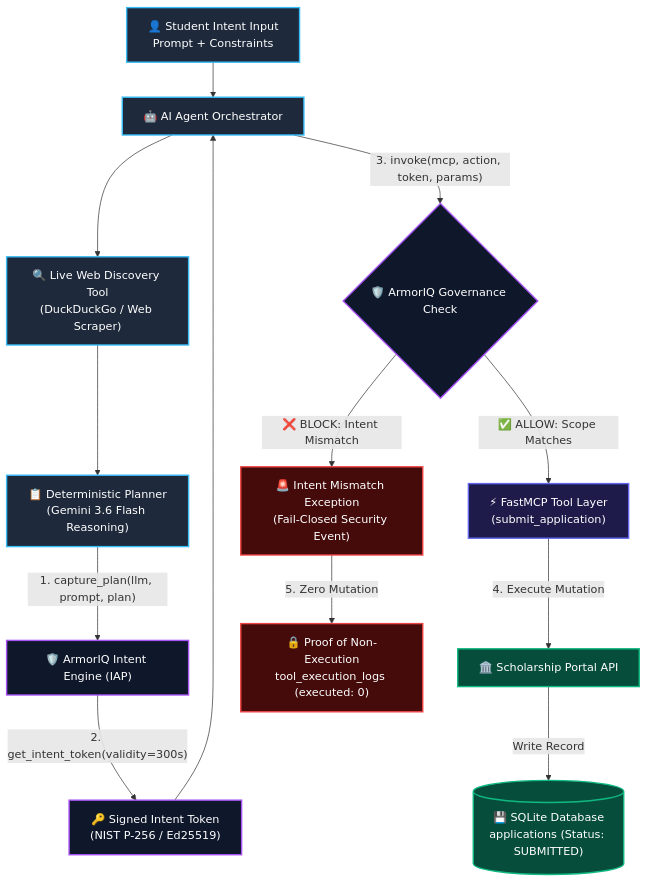
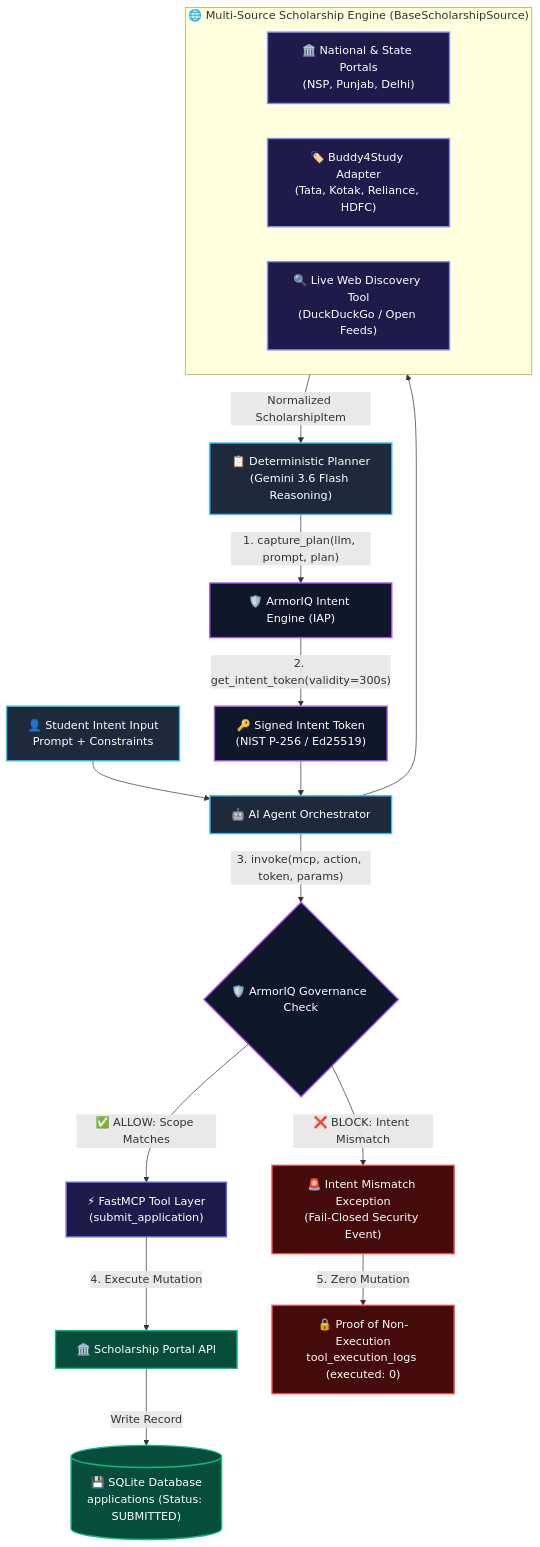
The diagram in README.md (Lovish-creator/armor-iq-scholarship-agent), drawn with Mermaid before and after one commit. The commit also changed other lines of this file and 10 other files, not shown here.

Commit message:
feat(sources): integrate Buddy4Study source adapter with BaseScholarshipSource abstraction and source attribution under ArmorIQ governance

````diff
--- a/README.md
+++ b/README.md
@@ -61,26 +63,34 @@
 ```mermaid
 flowchart TD
     classDef client fill:#1e293b,stroke:#38bdf8,stroke-width:2px,color:#fff;
     classDef armoriq fill:#0f172a,stroke:#a855f7,stroke-width:2px,color:#fff;
+    classDef source fill:#1e1b4b,stroke:#818cf8,stroke-width:2px,color:#fff;
     classDef mcp fill:#1e1b4b,stroke:#6366f1,stroke-width:2px,color:#fff;
     classDef db fill:#064e3b,stroke:#10b981,stroke-width:2px,color:#fff;
     classDef block fill:#450a0a,stroke:#ef4444,stroke-width:2px,color:#fff;
 
     A["👤 Student Intent Input<br/>Prompt + Constraints"]:::client --> B["🤖 AI Agent Orchestrator"]:::client
-    B --> C["🔍 Live Web Discovery Tool<br/>(DuckDuckGo / Web Scraper)"]:::client
-    C --> D["📋 Deterministic Planner<br/>(Gemini 3.6 Flash Reasoning)"]:::client
+    
+    subgraph MultiSource["🌐 Multi-Source Scholarship Engine (BaseScholarshipSource)"]
+        S1["🏛️ National & State Portals<br/>(NSP, Punjab, Delhi)"]:::source
+        S2["🏷️ Buddy4Study Adapter<br/>(Tata, Kotak, Reliance, HDFC)"]:::source
+        S3["🔍 Live Web Discovery Tool<br/>(DuckDuckGo / Open Feeds)"]:::source
+    end
+
+    B --> MultiSource
+    MultiSource -->|"Normalized ScholarshipItem"| D["📋 Deterministic Planner<br/>(Gemini 3.6 Flash Reasoning)"]:::client
     
     D -->|"1. capture_plan(llm, prompt, plan)"| E["🛡️ ArmorIQ Intent Engine (IAP)"]:::armoriq
     E -->|"2. get_intent_token(validity=300s)"| F["🔑 Signed Intent Token<br/>(NIST P-256 / Ed25519)"]:::armoriq
     F --> B
 
     B -->|"3. invoke(mcp, action, token, params)"| G{"🛡️ ArmorIQ Governance Check"}:::armoriq
 
     G -->|"✅ ALLOW: Scope Matches"| H["⚡ FastMCP Tool Layer<br/>(submit_application)"]:::mcp
     G -->|"❌ BLOCK: Intent Mismatch"| I["🚨 Intent Mismatch Exception<br/>(Fail-Closed Security Event)"]:::block
 
     H -->|"4. Execute Mutation"| J["🏛️ Scholarship Portal API"]:::db
     J -->|"Write Record"| K[("💾 SQLite Database<br/>applications (Status: SUBMITTED)")]:::db
 
     I -->|"5. Zero Mutation"| L["🔒 Proof of Non-Execution<br/>tool_execution_logs (executed: 0)"]:::block
 ```
````
